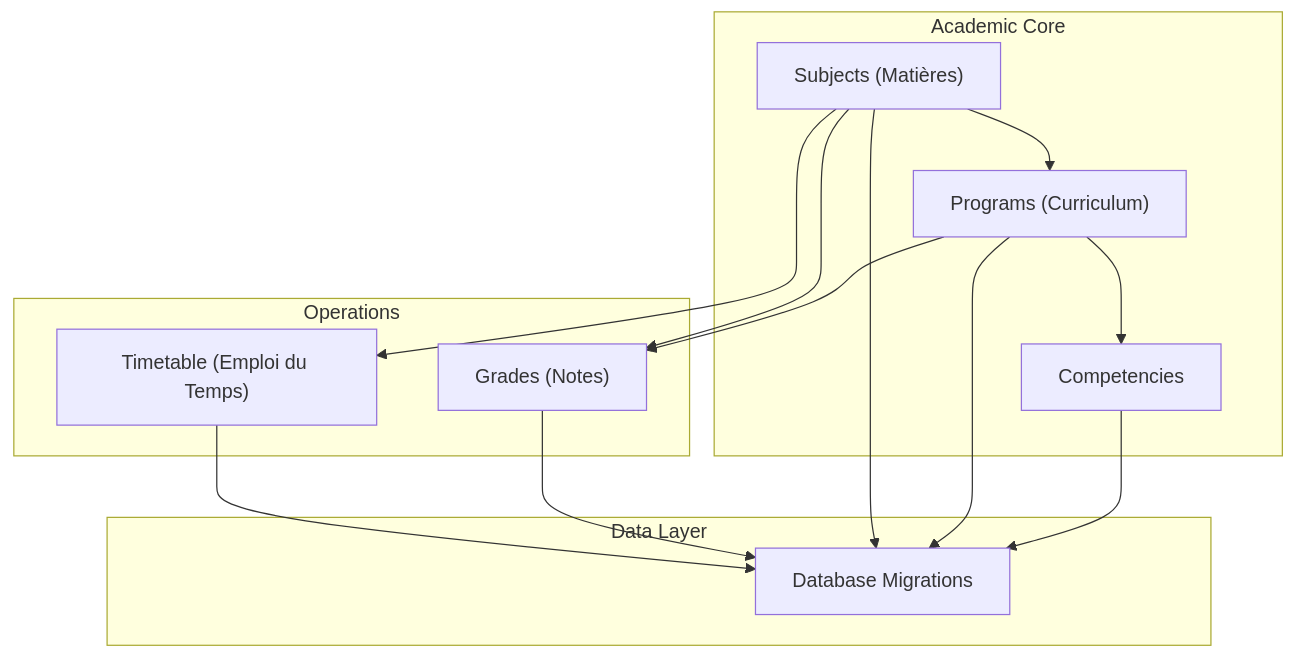
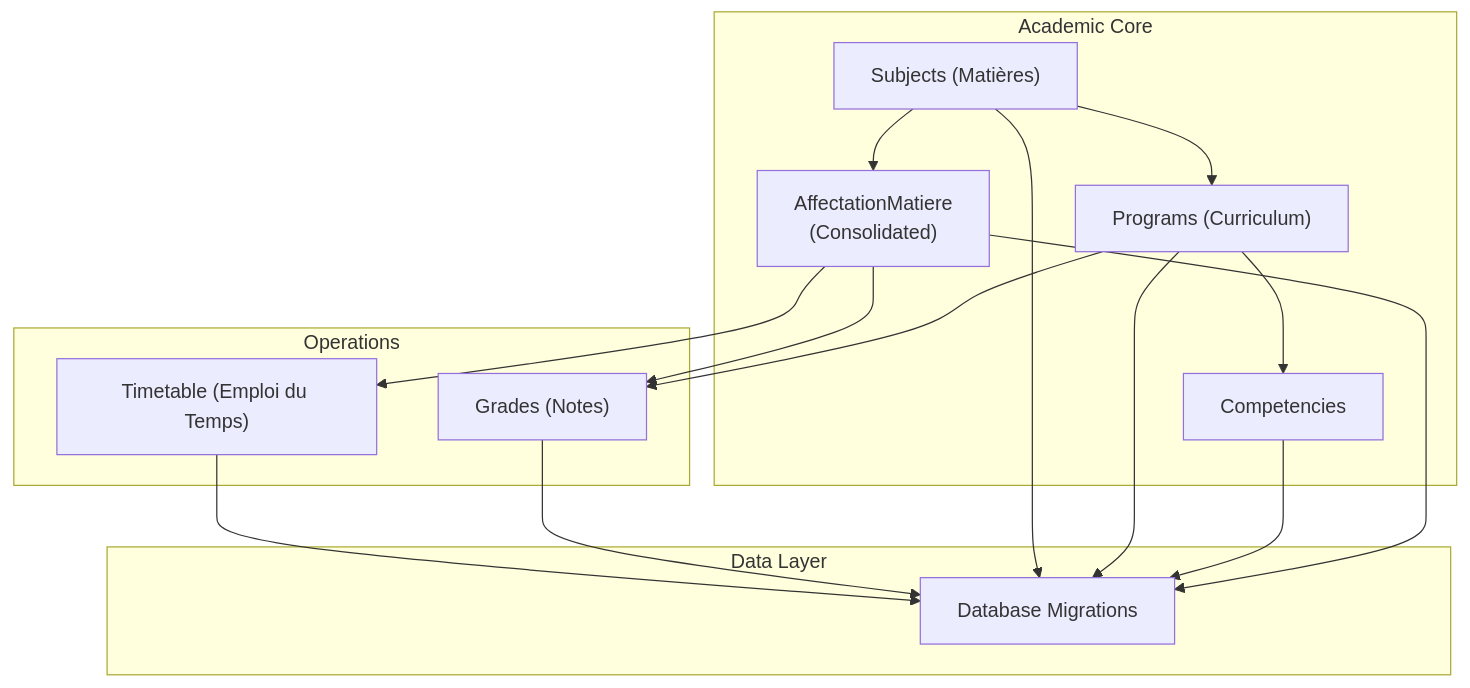
The first of 7 diagrams in .qoder/repowiki/en/content/Academic Management System/Class & Schedule Management/Subject & Curriculum Management.md (franckylab/eLISAschool), drawn with Mermaid before and after one commit. The commit also changed other lines of this file and 49 other files, not shown here.

````diff
--- a/.qoder/repowiki/en/content/Academic Management System/Class & Schedule Management/Subject & Curriculum Management.md
+++ b/.qoder/repowiki/en/content/Academic Management System/Class & Schedule Management/Subject & Curriculum Management.md
@@ -70,25 +70,28 @@
 ```mermaid
 graph TB
 subgraph "Academic Core"
 M["Subjects (Matières)"]
 P["Programs (Curriculum)"]
 C["Competencies"]
+A["AffectationMatiere<br/>(Consolidated)"]
 end
 subgraph "Operations"
 T["Timetable (Emploi du Temps)"]
 G["Grades (Notes)"]
 end
 subgraph "Data Layer"
 DB["Database Migrations"]
 end
 M --> P
 P --> C
-M --> T
-M --> G
+M --> A
+A --> T
+A --> G
 P --> G
 T --> DB
 G --> DB
 M --> DB
 P --> DB
 C --> DB
+A --> DB
 ```
````
